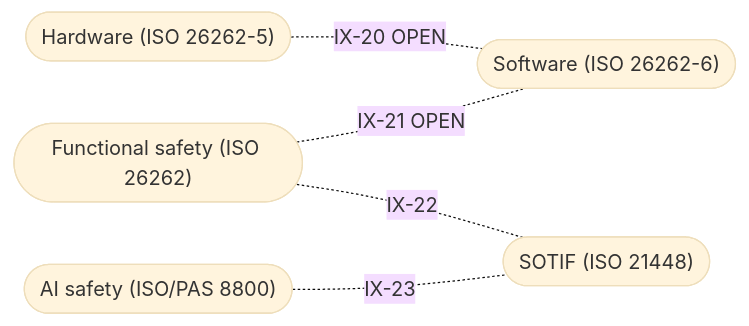
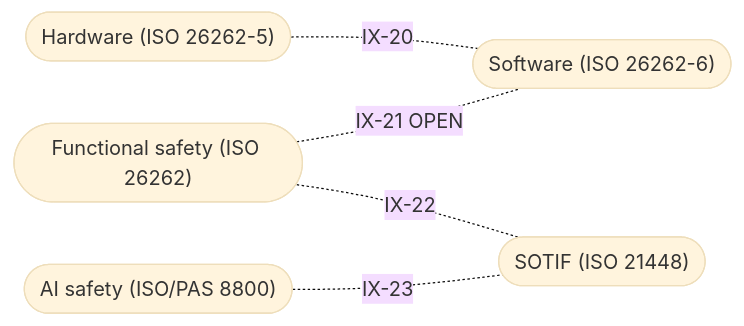
Before and after one commit to jherrodthomas/LionDriver: the second of 2 diagrams in assurance/process/maps/g4-integration-and-verification.md, drawn with Mermaid (base theme). The commit also changed other lines of this file and 9 other files, not shown here.

````diff
--- a/assurance/process/maps/g4-integration-and-verification.md
+++ b/assurance/process/maps/g4-integration-and-verification.md
@@ -58,12 +58,12 @@
 ```mermaid
 flowchart LR
   fusa(["Functional safety (ISO 26262)"])
   hw(["Hardware (ISO 26262-5)"])
   sw(["Software (ISO 26262-6)"])
   sotif(["SOTIF (ISO 21448)"])
   ai(["AI safety (ISO/PAS 8800)"])
-  hw -. "IX-20 OPEN" .- sw
+  hw -. "IX-20" .- sw
   fusa -. "IX-21 OPEN" .- sw
   fusa -. "IX-22" .- sotif
   ai -. "IX-23" .- sotif
 ```
````
